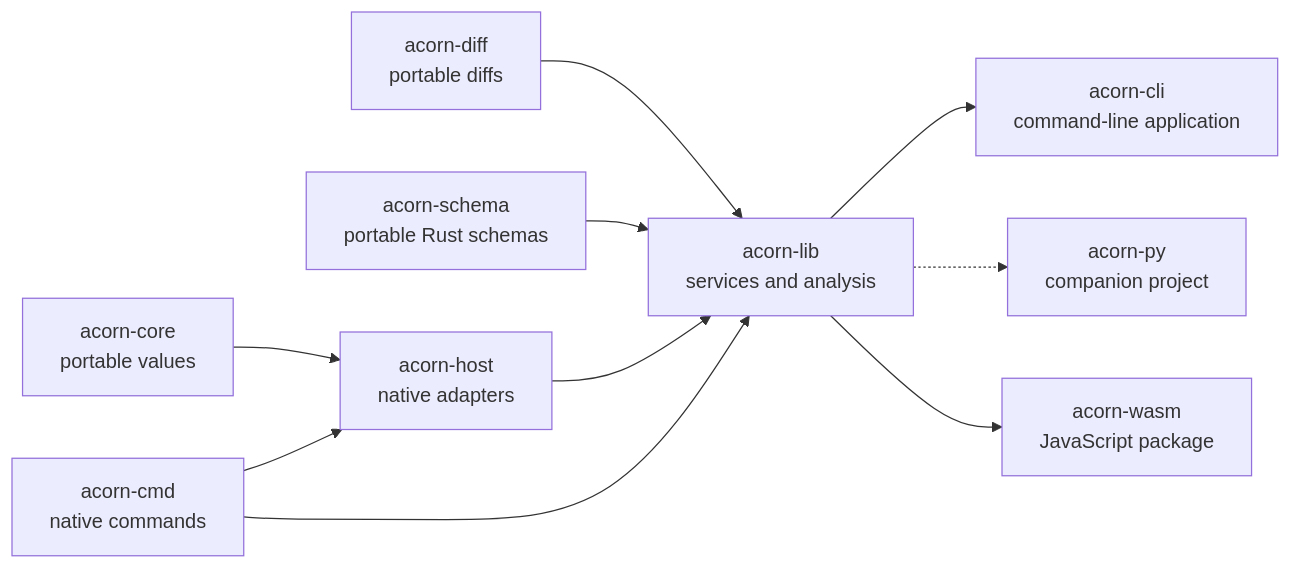
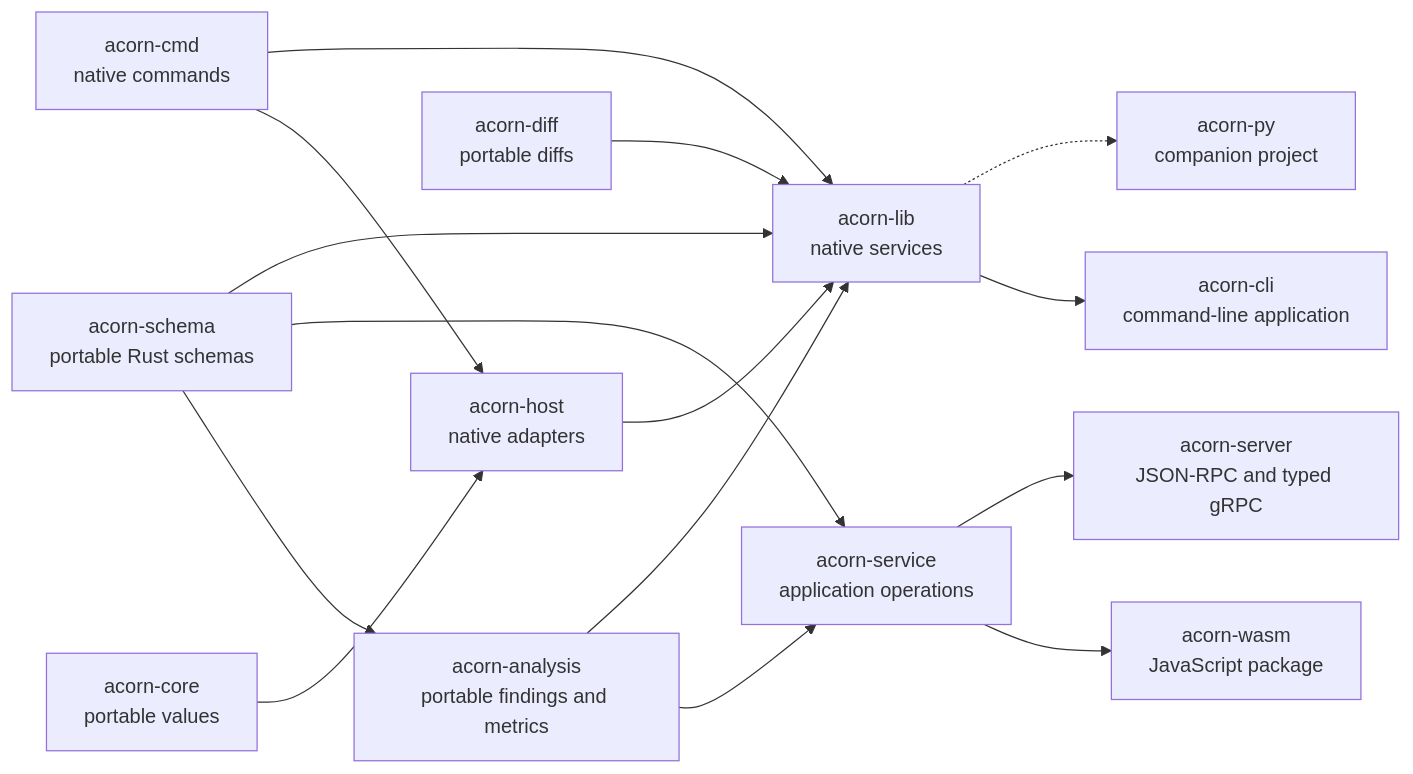
Before and after one commit to jhwohlgemuth/acorn: the diagram in docs/src/packages/README.md, drawn with Mermaid. The commit also changed other lines of this file and 162 other files, not shown here.

Commit message:
feat: Establish service boundaries and expand schema exports

````diff
--- a/docs/src/packages/README.md
+++ b/docs/src/packages/README.md
@@ -5,12 +5,17 @@
 ```mermaid
 graph LR
     CORE["acorn-core</br>portable values"] --> H["acorn-host</br>native adapters"]
     DIFF["acorn-diff</br>portable diffs"] --> A
     M["acorn-cmd</br>native commands"] --> H
-    S["acorn-schema</br>portable Rust schemas"] --> A["acorn-lib</br>services and analysis"]
+    S["acorn-schema</br>portable Rust schemas"] --> ANALYSIS["acorn-analysis</br>portable findings and metrics"]
+    ANALYSIS --> SERVICE["acorn-service</br>application operations"]
+    S --> SERVICE
+    S --> A["acorn-lib</br>native services"]
+    ANALYSIS --> A
     H --> A
     M --> A
     A --> B["acorn-cli</br>command-line application"]
     A -.-> PY["acorn-py</br>companion project"]
-    A --> D["acorn-wasm</br>JavaScript package"]
+    SERVICE --> D["acorn-wasm</br>JavaScript package"]
+    SERVICE --> SERVER["acorn-server</br>JSON-RPC and typed gRPC"]
 ```
````
